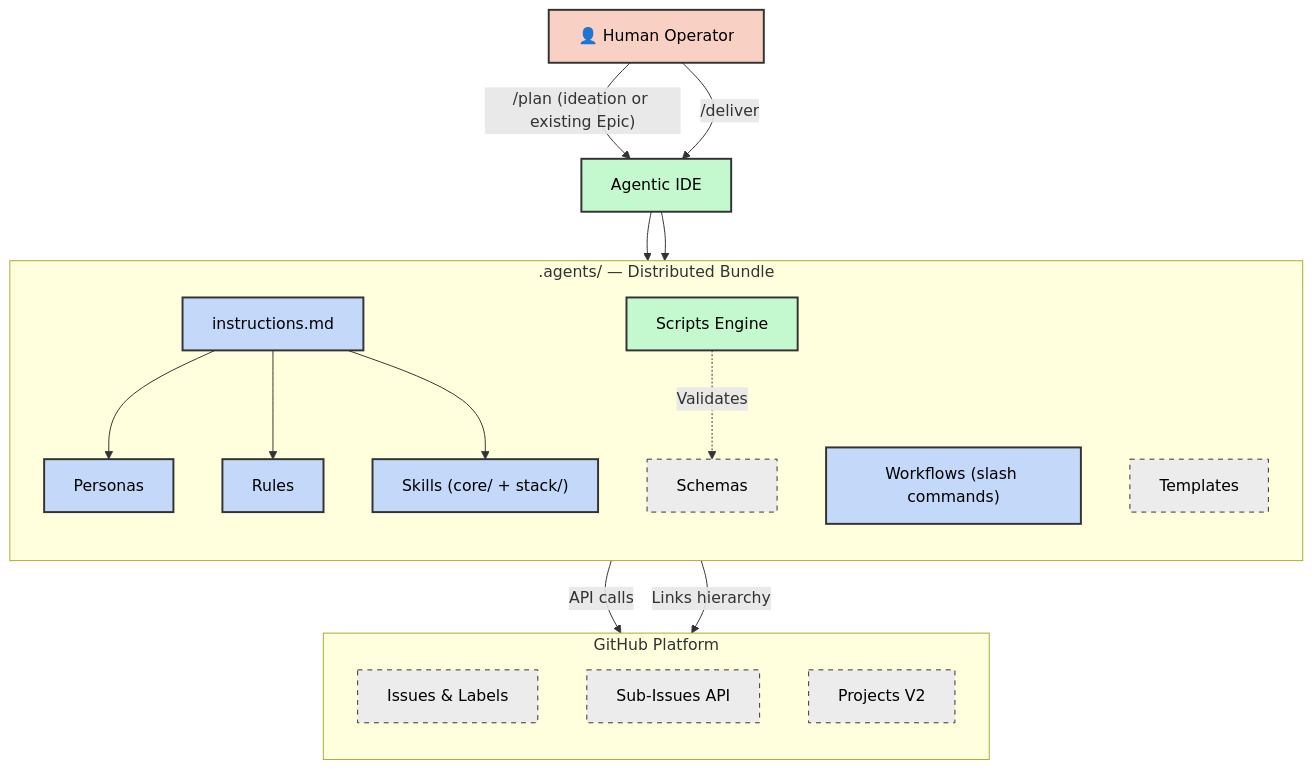
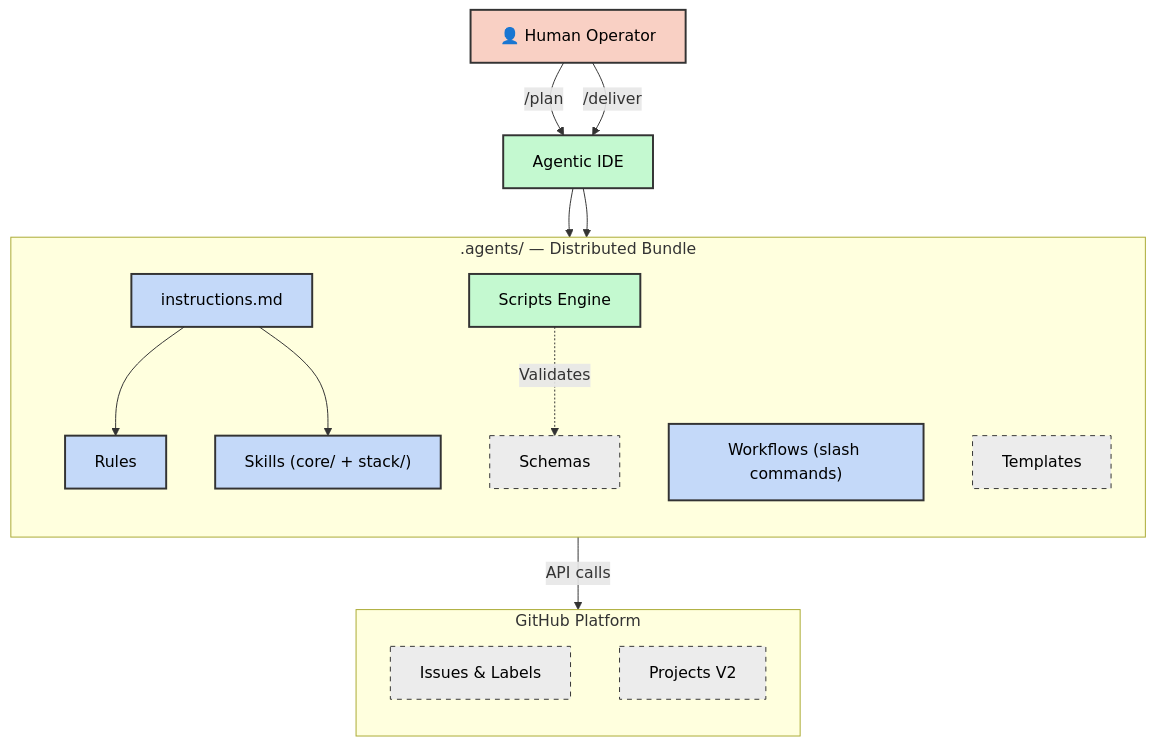
Before and after one commit to dsj1984/mandrel: the first of 6 diagrams in docs/architecture.md, drawn with Mermaid. The commit also changed other lines of this file and 827 other files, not shown here.

````diff
--- a/docs/architecture.md
+++ b/docs/architecture.md
@@ -33,38 +35,35 @@
 ```mermaid
 graph TB
     classDef human fill:#f9d0c4,stroke:#333,stroke-width:2px,color:#000
     classDef agent fill:#c4f9d0,stroke:#333,stroke-width:2px,color:#000
     classDef infra fill:#c4d9f9,stroke:#333,stroke-width:2px,color:#000
     classDef data fill:#ececec,stroke:#333,stroke-width:1px,stroke-dasharray: 5 5,color:#000
 
     H["👤 Human Operator"]:::human
     IDE["Agentic IDE"]:::agent
 
     subgraph Framework [".agents/ — Distributed Bundle"]
         direction TB
         INS["instructions.md"]:::infra
-        PER["Personas"]:::infra
         RUL["Rules"]:::infra
         SKL["Skills (core/ + stack/)"]:::infra
         WFL["Workflows (slash commands)"]:::infra
         SCR["Scripts Engine"]:::agent
         SCH["Schemas"]:::data
         TPL["Templates"]:::data
     end
 
     subgraph GitHub ["GitHub Platform"]
         direction TB
         ISS["Issues & Labels"]:::data
-        SUB["Sub-Issues API"]:::data
         PRJ["Projects V2"]:::data
     end
 
-    H -->|"/plan (ideation or existing Epic)"| IDE
+    H -->|"/plan"| IDE
     H -->|"/deliver"| IDE
     IDE --> INS
-    INS --> PER & RUL & SKL
+    INS --> RUL & SKL
     IDE --> SCR
     SCR -->|"API calls"| ISS
-    SCR -->|"Links hierarchy"| SUB
     SCR -.->|"Validates"| SCH
 ```
````
